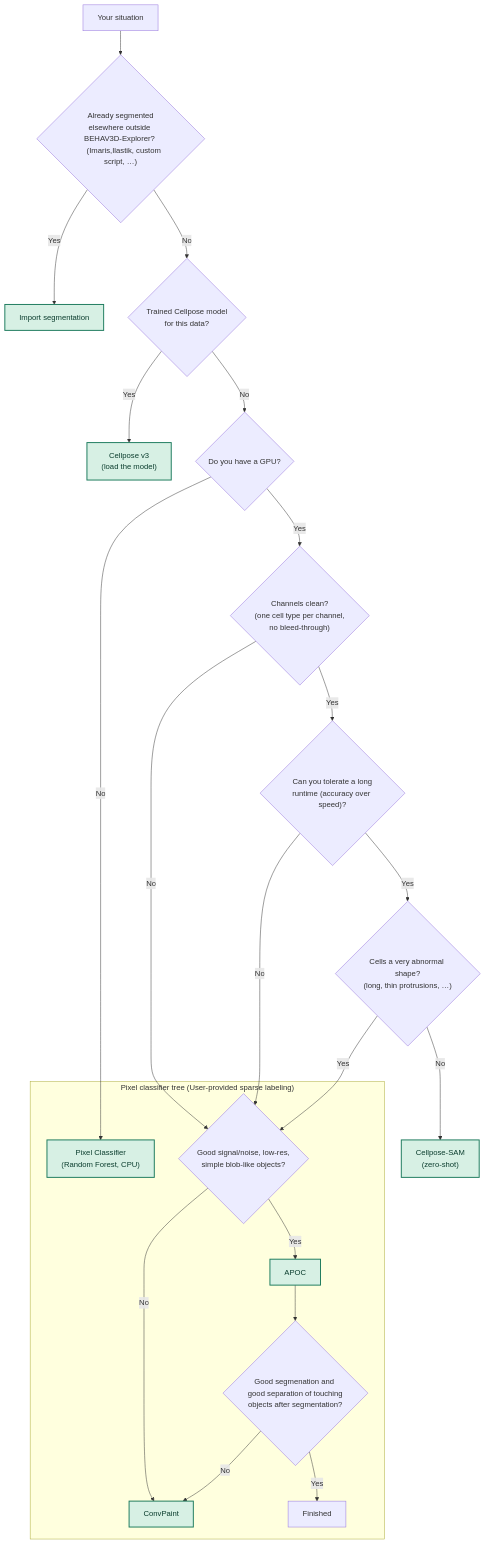
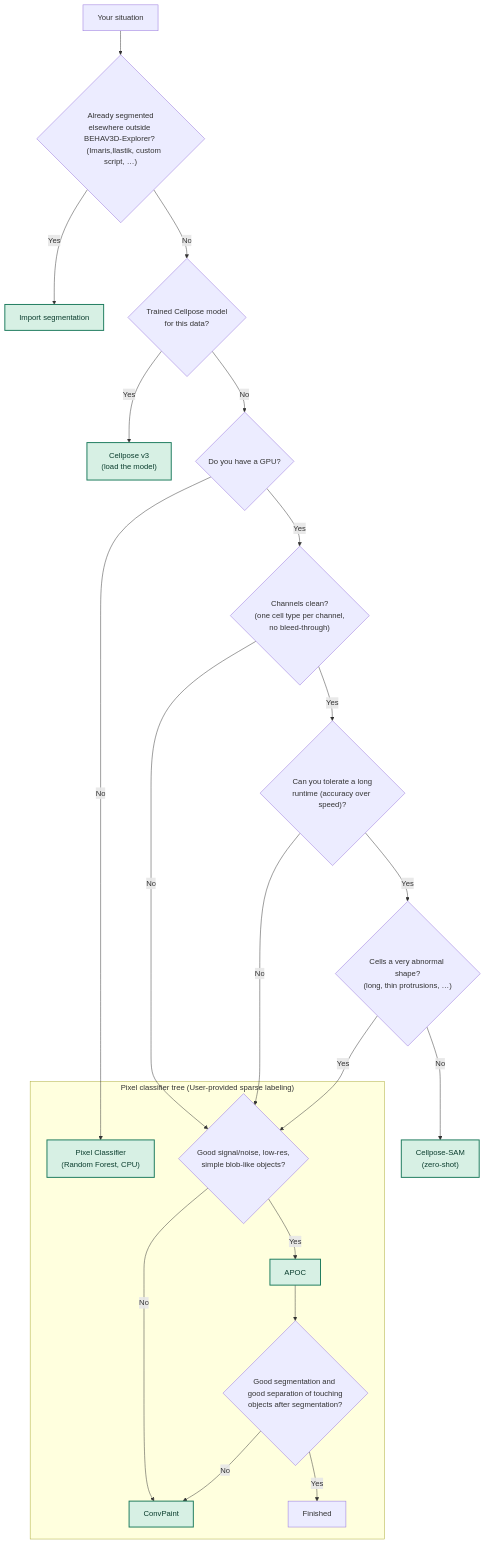
One commit to imAIgene-Dream3D/BEHAV3D-Explorer changed the diagram in docs/source/processing/segmentation/index.md. Above: the diagram before and after it, drawn with Mermaid. The commit also changed other lines of this file and 52 other files, not shown here.

````diff
--- a/docs/source/processing/segmentation/index.md
+++ b/docs/source/processing/segmentation/index.md
@@ -37,35 +41,35 @@
 ```{mermaid}
 flowchart TD
     A["Your situation"] --> Q1{"Already segmented<br/>elsewhere outside <br/>BEHAV3D-Explorer? 
     (Imaris,Ilastik, custom script, …)"}
     Q1 -- "Yes" --> Import["Import segmentation"]
     Q1 -- "No" --> Q2{"Trained Cellpose model<br/>for this data?"}
 
     Q2 -- "Yes" --> Cellpose["Cellpose v3<br/>(load the model)"]
     Q2 -- "No" --> QG{"Do you have a GPU?"}
 
     QG -- "No" --> PCrf
     QG -- "Yes" --> Q3{"Channels clean?<br/>(one cell type per channel,<br/>no bleed-through)"}
 
     Q3 -- "No" --> Q9
     Q3 -- "Yes" --> Q5{"Can you tolerate a long<br/>runtime (accuracy over speed)?"}
 
     Q5 -- "No" --> Q9
     Q5 -- "Yes" --> Q6{"Cells a very abnormal shape?<br/>(long, thin protrusions, …)"}
 
     Q6 -- "Yes" --> Q9
     Q6 -- "No" --> SAM["Cellpose-SAM<br/>(zero-shot)"]
 
     subgraph PC ["Pixel classifier tree (User-provided sparse labeling)"]
         PCrf["Pixel Classifier<br/>(Random Forest, CPU)"]
         Q9{"Good signal/noise, low-res,<br/>simple blob-like objects?"}
         Q9 -- "Yes" --> APOC["APOC"]
         Q9 -- "No" --> ConvPaint["ConvPaint"]
-        APOC --> Q10{"Good segmenation and good separation of touching<br/>objects after segmentation?"}
+        APOC --> Q10{"Good segmentation and good separation of touching<br/>objects after segmentation?"}
         Q10 -- "Yes" --> Done["Finished"]
         Q10 -- "No" --> ConvPaint
     end
 
     classDef method fill:#d7f0e4,stroke:#1b7a5c,stroke-width:2px,color:#0b3d2e;
     class Import,Cellpose,SAM,PCrf,APOC,ConvPaint method;
 ```
````
